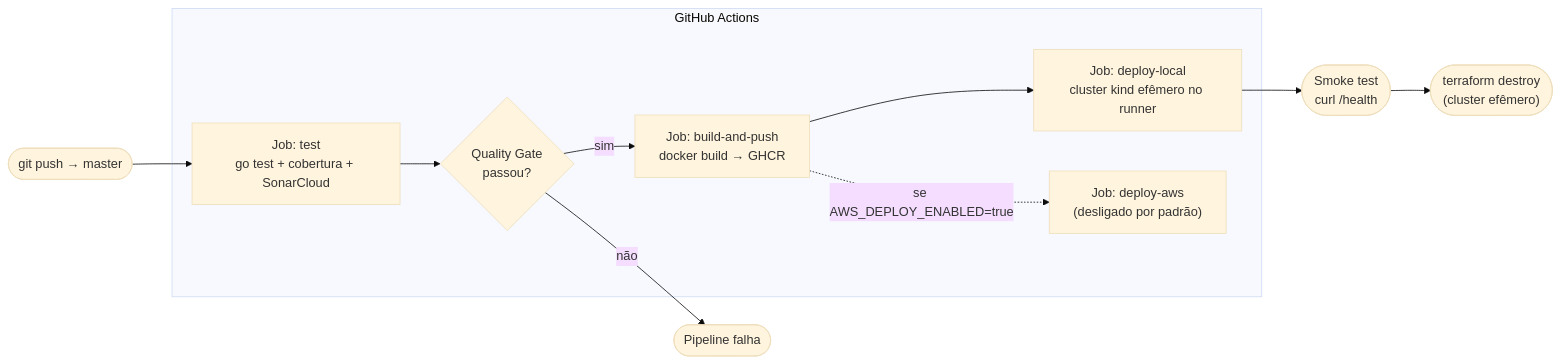
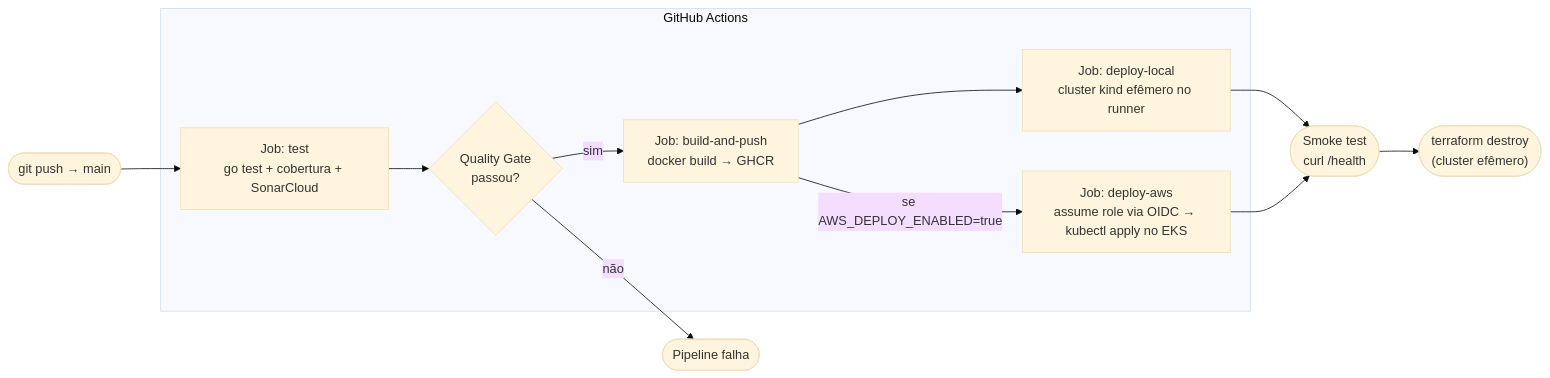
The third of 3 diagrams in docs/architecture.md (Jackeline2020/app-autoshop), drawn with Mermaid (base theme) before and after one commit. The commit also changed other lines of this file and 8 other files, not shown here.

````diff
--- a/docs/architecture.md
+++ b/docs/architecture.md
@@ -107,23 +131,22 @@
 ```mermaid
 flowchart LR
-    Push(["git push → master"])
+    Push(["git push → main"])
 
     subgraph CI["GitHub Actions"]
         Test["Job: test<br/>go test + cobertura + SonarCloud"]
         Gate{"Quality Gate<br/>passou?"}
         Build["Job: build-and-push<br/>docker build → GHCR"]
         DeployLocal["Job: deploy-local<br/>cluster kind efêmero no runner"]
-        DeployAWS["Job: deploy-aws<br/>(desligado por padrão)"]
+        DeployAWS["Job: deploy-aws<br/>assume role via OIDC → kubectl apply no EKS"]
     end
 
     Health(["Smoke test<br/>curl /health"])
     Destroy(["terraform destroy<br/>(cluster efêmero)"])
     Fail(["Pipeline falha"])
 
     Push --> Test --> Gate
     Gate -->|"sim"| Build
     Gate -->|"não"| Fail
-    Build --> DeployLocal
-    Build -.->|"se AWS_DEPLOY_ENABLED=true"| DeployAWS
-    DeployLocal --> Health --> Destroy
+    Build --> DeployLocal --> Health --> Destroy
+    Build -->|"se AWS_DEPLOY_ENABLED=true"| DeployAWS --> Health
 ```
````
